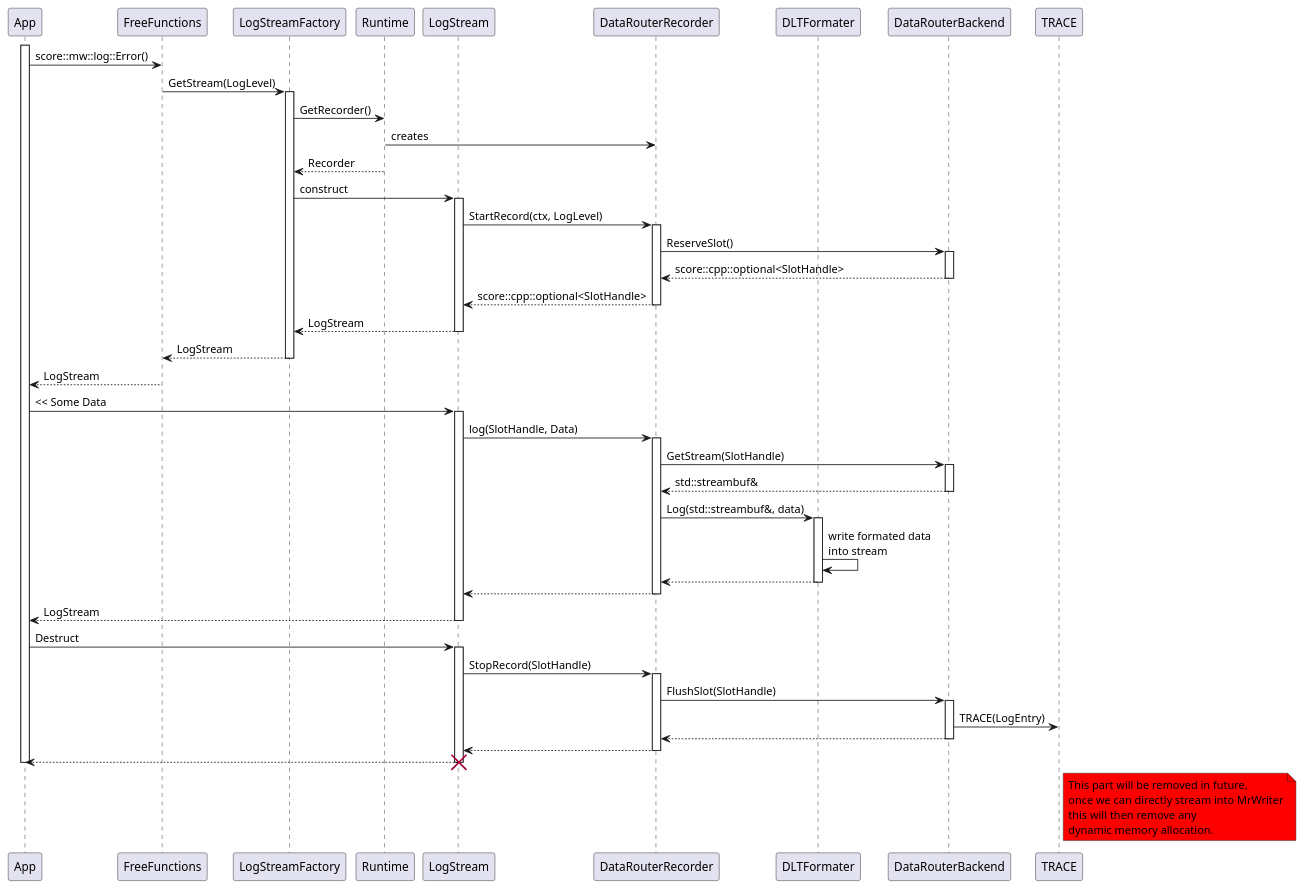
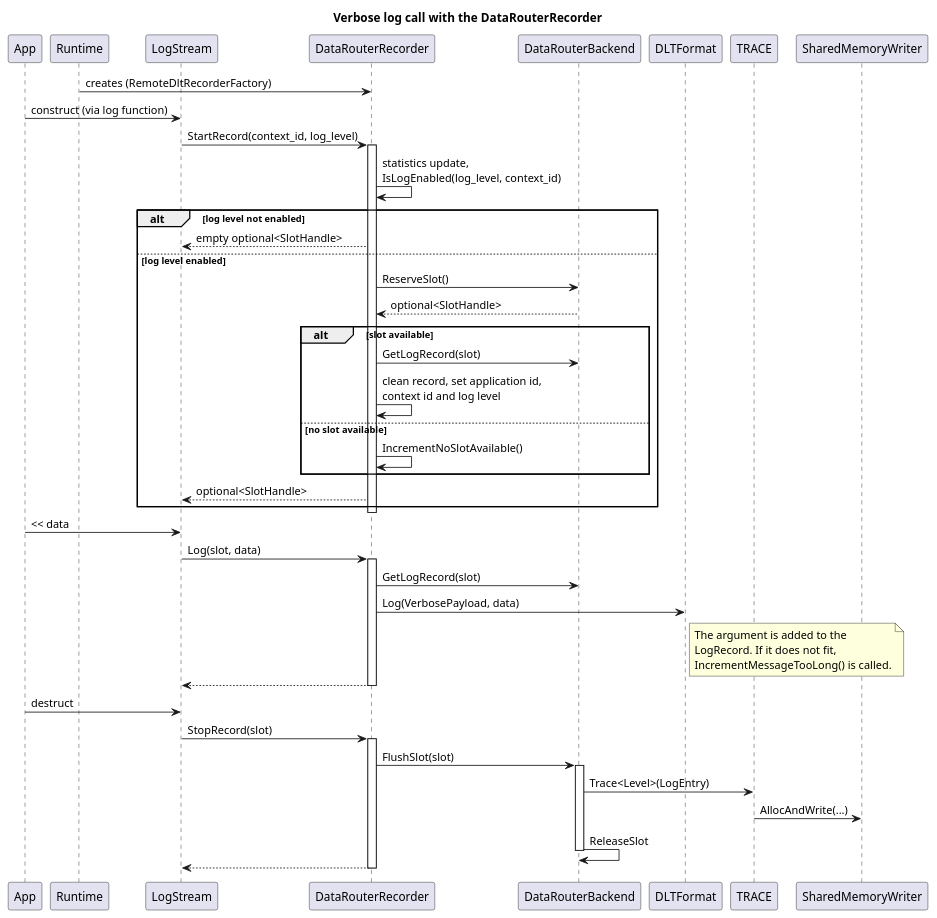
One commit to eclipse-score/logging changed the diagram in docs/components/mw_log/detailed_design/_assets/verbose_logging_sequence.puml. Above: the diagram before and after it, drawn with PlantUML. The commit also changed 10 other files, not shown here.

First line of the commit message:
docs(mw/log): align datarouter backend design with code

```diff
--- a/docs/components/mw_log/detailed_design/_assets/verbose_logging_sequence.puml
+++ b/docs/components/mw_log/detailed_design/_assets/verbose_logging_sequence.puml
@@ -14,106 +14,60 @@
 @startuml verbose_logging_sequence
 
+title Verbose log call with the DataRouterRecorder
+
 participant "App" as App
-participant "FreeFunctions" as FreeFunctions
-participant "LogStreamFactory" as LogStreamFactory
 participant "Runtime" as Runtime
 participant "LogStream" as LogStream
 participant "DataRouterRecorder" as DataRouterRecorder
-participant "DLTFormater" as DLTFormater
 participant "DataRouterBackend" as DataRouterBackend
+participant "DLTFormat" as DLTFormat
+participant "TRACE" as TRACE
+participant "SharedMemoryWriter" as SharedMemoryWriter
 
-activate App
+Runtime -> DataRouterRecorder : creates (RemoteDltRecorderFactory)
 
-App -> FreeFunctions : score::mw::log::Error()
+App -> LogStream : construct (via log function)
 
-FreeFunctions -> LogStreamFactory : GetStream(LogLevel)
+LogStream -> DataRouterRecorder : StartRecord(context_id, log_level)
+activate DataRouterRecorder
+DataRouterRecorder -> DataRouterRecorder : statistics update,\nIsLogEnabled(log_level, context_id)
 
-activate LogStreamFactory
-
-LogStreamFactory -> Runtime : GetRecorder()
-Runtime -> DataRouterRecorder : creates
-LogStreamFactory <-- Runtime : Recorder
-
-LogStreamFactory -> LogStream : construct
-
-activate LogStream
-
-LogStream -> DataRouterRecorder : StartRecord(ctx, LogLevel)
-activate DataRouterRecorder
-
-DataRouterRecorder -> DataRouterBackend : ReserveSlot()
-activate DataRouterBackend
-DataRouterRecorder <-- DataRouterBackend : score::cpp::optional<SlotHandle>
-deactivate DataRouterBackend
-
-LogStream <-- DataRouterRecorder : score::cpp::optional<SlotHandle>
+alt log level not enabled
+    LogStream <-- DataRouterRecorder : empty optional<SlotHandle>
+else log level enabled
+    DataRouterRecorder -> DataRouterBackend : ReserveSlot()
+    DataRouterRecorder <-- DataRouterBackend : optional<SlotHandle>
+    alt slot available
+        DataRouterRecorder -> DataRouterBackend : GetLogRecord(slot)
+        DataRouterRecorder -> DataRouterRecorder : clean record, set application id,\ncontext id and log level
+    else no slot available
+        DataRouterRecorder -> DataRouterRecorder : IncrementNoSlotAvailable()
+    end
+    LogStream <-- DataRouterRecorder : optional<SlotHandle>
+end
 deactivate DataRouterRecorder
 
-LogStreamFactory <-- LogStream : LogStream
-deactivate LogStream
+App -> LogStream : << data
 
-FreeFunctions <-- LogStreamFactory : LogStream
-deactivate LogStreamFactory
-
-App <-- FreeFunctions : LogStream
-
-App -> LogStream : << Some Data
-
-activate LogStream
-
-LogStream -> DataRouterRecorder : log(SlotHandle, Data)
+LogStream -> DataRouterRecorder : Log(slot, data)
 activate DataRouterRecorder
-
-DataRouterRecorder -> DataRouterBackend : GetStream(SlotHandle)
-activate DataRouterBackend
-DataRouterRecorder <-- DataRouterBackend : std::streambuf&
-deactivate DataRouterBackend
-
-DataRouterRecorder -> DLTFormater : Log(std::streambuf&, data)
-activate DLTFormater
-
-DLTFormater -> DLTFormater : write formated data\ninto stream
-
-DataRouterRecorder <-- DLTFormater
-deactivate DLTFormater
-
+DataRouterRecorder -> DataRouterBackend : GetLogRecord(slot)
+DataRouterRecorder -> DLTFormat : Log(VerbosePayload, data)
+note right of DLTFormat : The argument is added to the\nLogRecord. If it does not fit,\nIncrementMessageTooLong() is called.
 LogStream <-- DataRouterRecorder
 deactivate DataRouterRecorder
 
-App <-- LogStream : LogStream
-deactivate LogStream
+App -> LogStream : destruct
 
-App -> LogStream : Destruct
-
-activate LogStream
-
-LogStream -> DataRouterRecorder : StopRecord(SlotHandle)
+LogStream -> DataRouterRecorder : StopRecord(slot)
 activate DataRouterRecorder
-
-DataRouterRecorder -> DataRouterBackend : FlushSlot(SlotHandle)
+DataRouterRecorder -> DataRouterBackend : FlushSlot(slot)
 activate DataRouterBackend
-
-participant "TRACE" as TRACE
-
-DataRouterBackend -> TRACE : TRACE(LogEntry)
-
-DataRouterRecorder <-- DataRouterBackend
+DataRouterBackend -> TRACE : Trace<Level>(LogEntry)
+TRACE -> SharedMemoryWriter : AllocAndWrite(...)
+DataRouterBackend -> DataRouterBackend : ReleaseSlot
 deactivate DataRouterBackend
-
 LogStream <-- DataRouterRecorder
 deactivate DataRouterRecorder
 
-App <-- LogStream
-
-destroy LogStream
-
-deactivate App
-
-note right of TRACE #red
-	This part will be removed in future,
-	once we can directly stream into MrWriter
-	this will then remove any
-	dynamic memory allocation.
-end note
-
 @enduml
```
